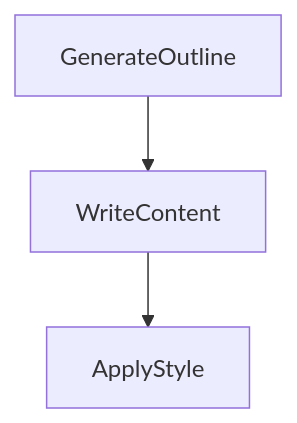
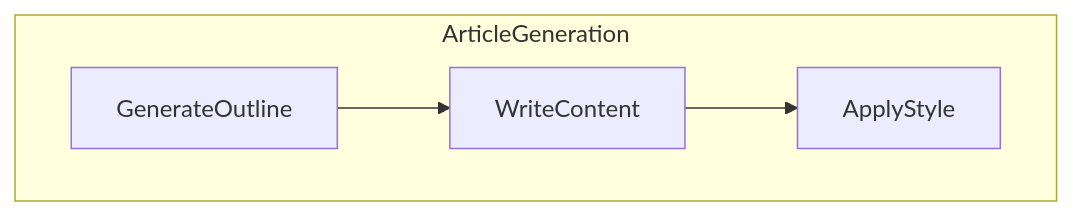
The first of 2 diagrams in flow_conductor/docs/design.md (Mariusvin/PocketFlow), drawn with Mermaid before and after one commit. The commit also changed other lines of this file and 8 other files, not shown here.

````diff
--- a/flow_conductor/docs/design.md
+++ b/flow_conductor/docs/design.md
@@ -32,5 +26,8 @@
 ```mermaid
 flowchart TD
-    GenerateOutline --> WriteContent
-    WriteContent --> ApplyStyle
+    subgraph ArticleGeneration
+        direction LR
+        GenerateOutline --> WriteContent
+        WriteContent --> ApplyStyle
+    end
 ```
````
